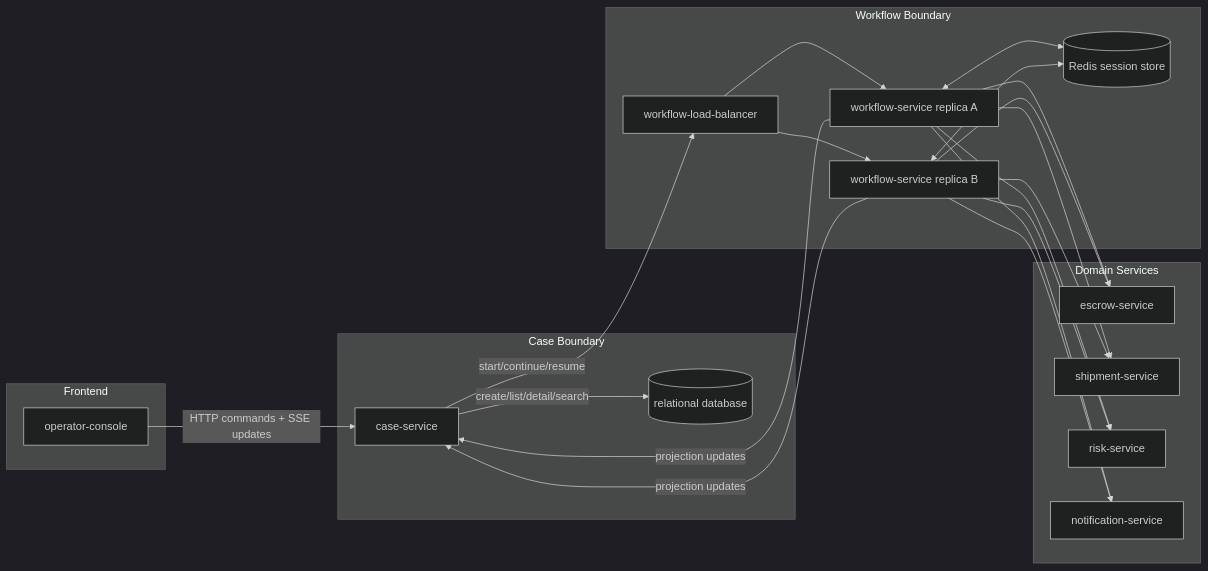
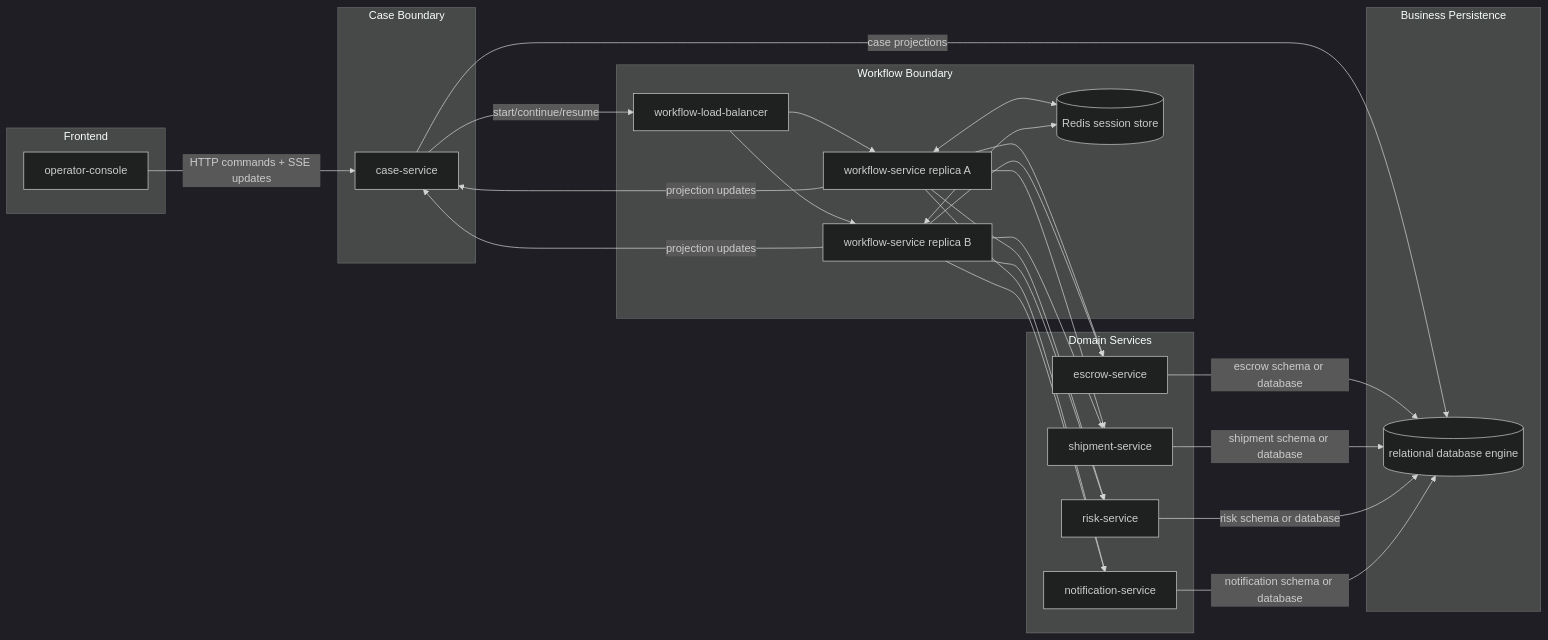
The first of 2 diagrams in samples/marketplace-agent-platform/docs/architecture.md (mahitotsu/arachne), drawn with Mermaid (dark theme) before and after one commit. The commit also changed other lines of this file, not shown here.

Commit message:
docs: clarify marketplace persistence ownership

````diff
--- a/samples/marketplace-agent-platform/docs/architecture.md
+++ b/samples/marketplace-agent-platform/docs/architecture.md
@@ -38,43 +38,50 @@
 ```mermaid
 flowchart LR
 	subgraph Frontend
 		OC[operator-console]
 	end
 
 	subgraph CaseBoundary[Case Boundary]
 		CS[case-service]
-		RDB[(relational database)]
 	end
 
 	subgraph WorkflowBoundary[Workflow Boundary]
 		LB[workflow-load-balancer]
 		WS1[workflow-service replica A]
 		WS2[workflow-service replica B]
 		Redis[(Redis session store)]
 	end
 
 	subgraph DomainServices[Domain Services]
 		ES[escrow-service]
 		SS[shipment-service]
 		RS[risk-service]
 		NS[notification-service]
 	end
 
+	subgraph Persistence[Business Persistence]
+		RDB[(relational database engine)]
+	end
+
 	OC -->|HTTP commands + SSE updates| CS
-	CS -->|create/list/detail/search| RDB
 	CS -->|start/continue/resume| LB
+	CS -->|case projections| RDB
 	LB --> WS1
 	LB --> WS2
 	WS1 <--> Redis
 	WS2 <--> Redis
 	WS1 -->|projection updates| CS
 	WS2 -->|projection updates| CS
 	WS1 --> ES
 	WS1 --> SS
 	WS1 --> RS
 	WS1 --> NS
 	WS2 --> ES
 	WS2 --> SS
 	WS2 --> RS
 	WS2 --> NS
+	ES -->|escrow schema or database| RDB
+	SS -->|shipment schema or database| RDB
+	RS -->|risk schema or database| RDB
+	NS -->|notification schema or database| RDB
 ```
````
